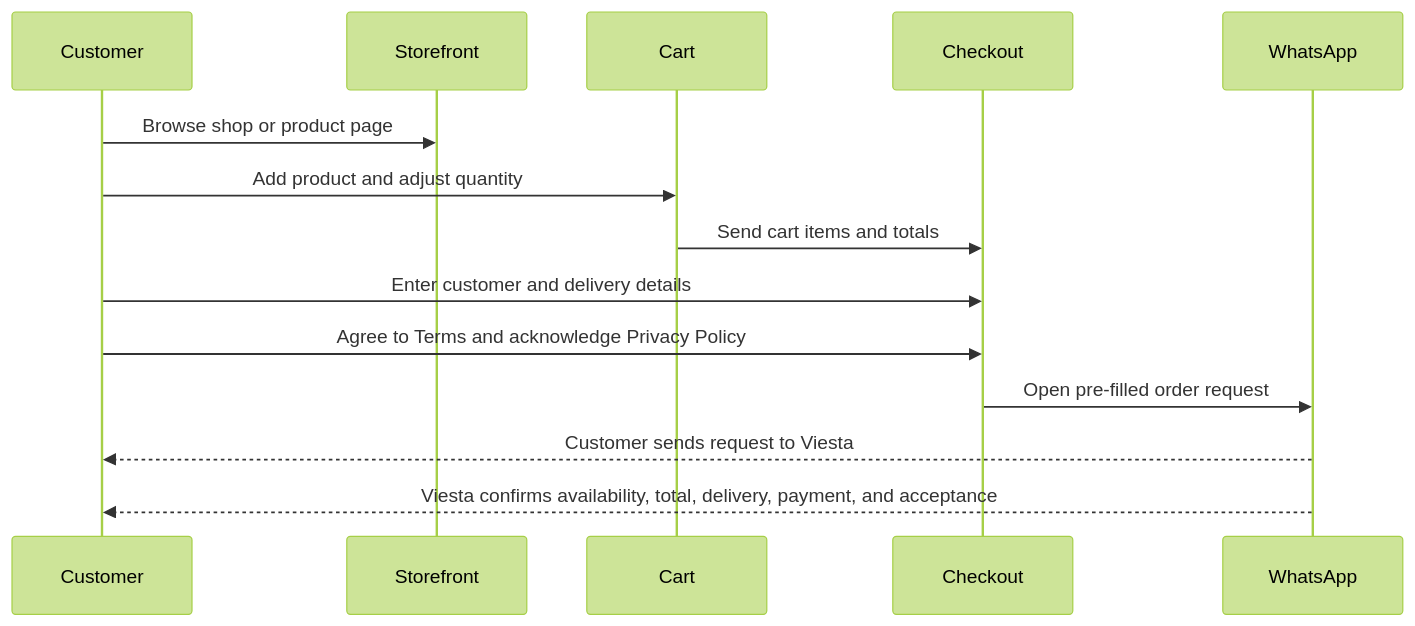
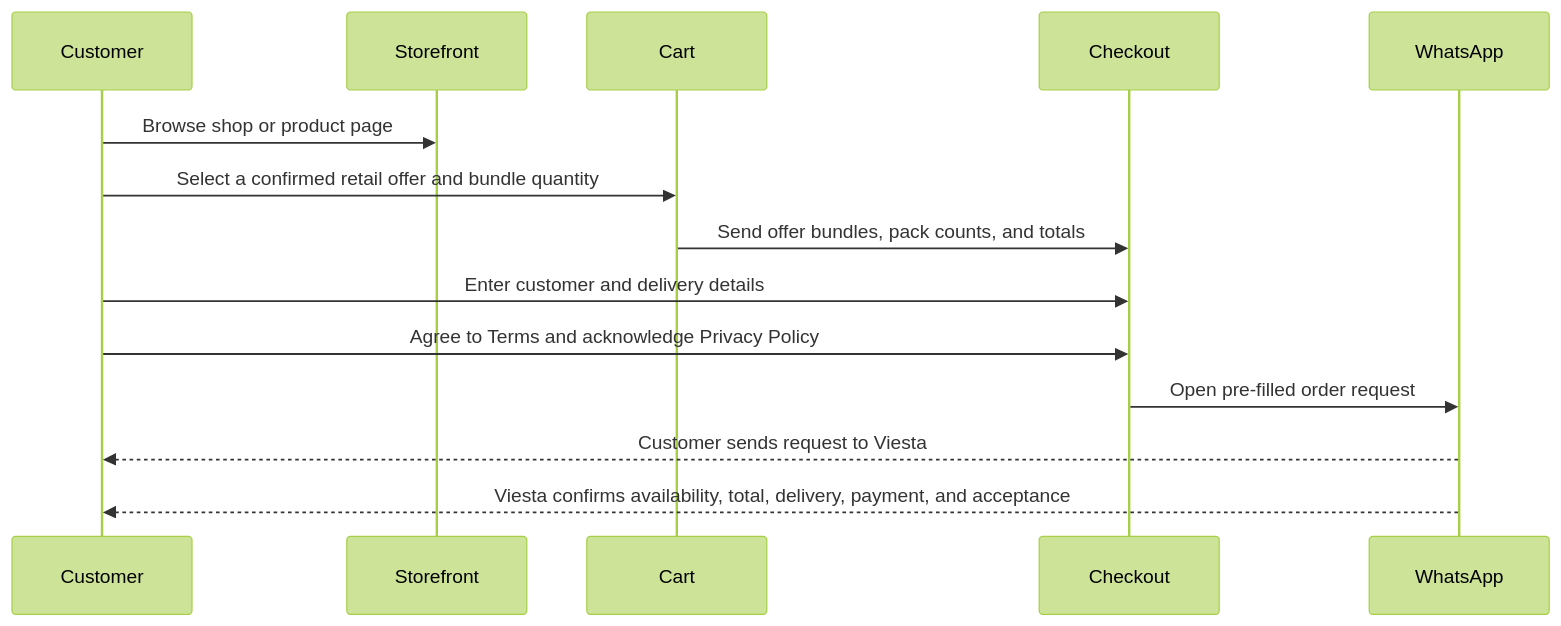
The third of 3 diagrams in README.md (CamlineKe/Viesta), drawn with Mermaid (forest theme) before and after one commit. The commit also changed other lines of this file and 6 other files, not shown here.

First line of the commit message:
docs(retail): align storefront guidance with offer model

````diff
--- a/README.md
+++ b/README.md
@@ -165,17 +168,17 @@
 ```mermaid
 sequenceDiagram
   participant Customer
   participant Storefront
   participant Cart
   participant Checkout
   participant WhatsApp
 
   Customer->>Storefront: Browse shop or product page
-  Customer->>Cart: Add product and adjust quantity
-  Cart->>Checkout: Send cart items and totals
+  Customer->>Cart: Select a confirmed retail offer and bundle quantity
+  Cart->>Checkout: Send offer bundles, pack counts, and totals
   Customer->>Checkout: Enter customer and delivery details
   Customer->>Checkout: Agree to Terms and acknowledge Privacy Policy
   Checkout->>WhatsApp: Open pre-filled order request
   WhatsApp-->>Customer: Customer sends request to Viesta
   WhatsApp-->>Customer: Viesta confirms availability, total, delivery, payment, and acceptance
 ```
````
